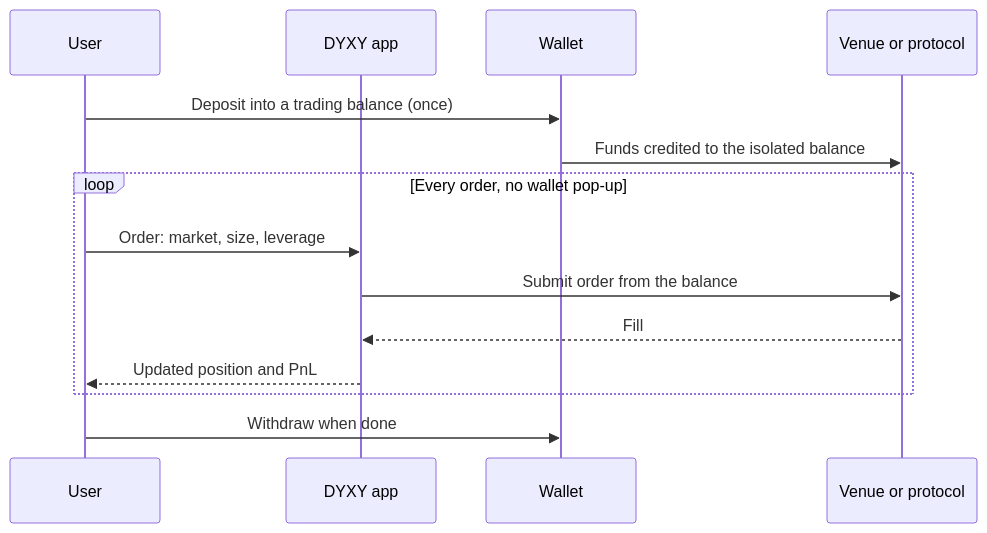
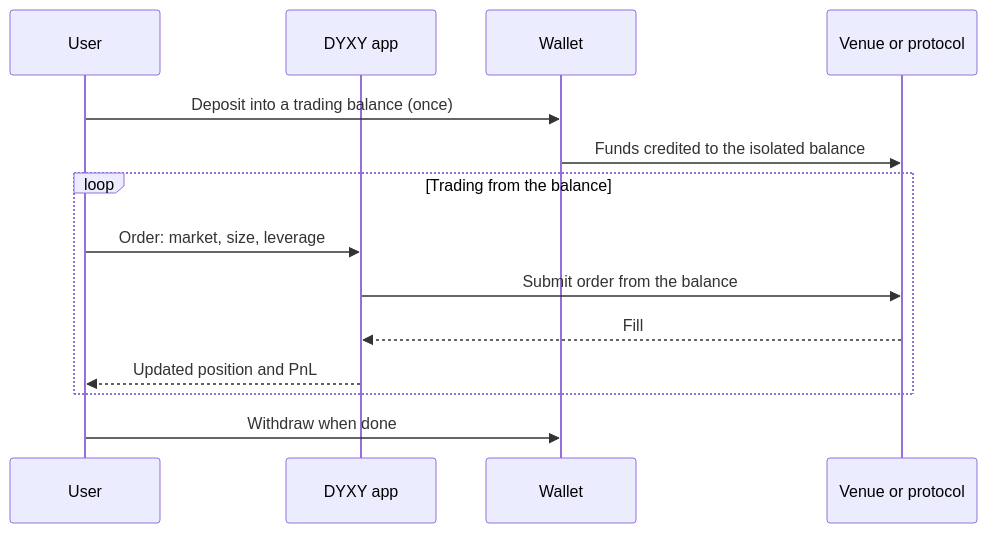
The third of 3 diagrams in README.md (dyxy-io/architecture), drawn with Mermaid before and after one commit. The commit also changed other lines of this file, not shown here.

First line of the commit message:
Simplify wallets table, drop pop-up wording, icon box and gradient card hover

````diff
--- a/README.md
+++ b/README.md
@@ -103,17 +103,17 @@
 ```mermaid
 sequenceDiagram
     participant U as User
     participant A as DYXY app
     participant W as Wallet
     participant V as Venue or protocol
 
     U->>W: Deposit into a trading balance (once)
     W->>V: Funds credited to the isolated balance
-    loop Every order, no wallet pop-up
+    loop Trading from the balance
         U->>A: Order: market, size, leverage
         A->>V: Submit order from the balance
         V-->>A: Fill
         A-->>U: Updated position and PnL
     end
     U->>W: Withdraw when done
 ```
````
